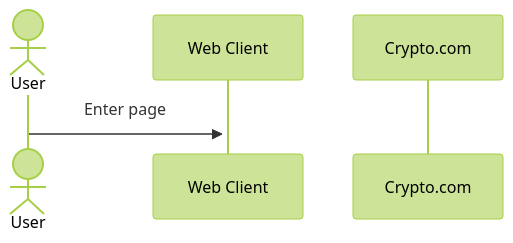
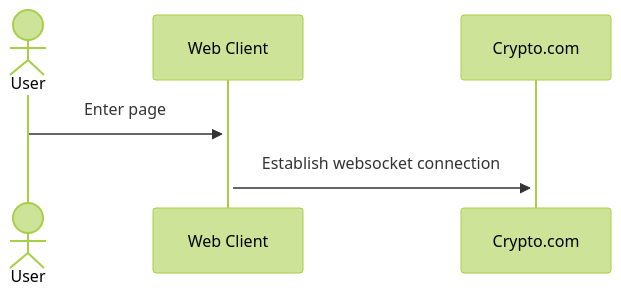
Before and after one commit to YuAnWu0000/cryptoExchange: the diagram in README.md, drawn with Mermaid (forest theme).

Commit message:
UPDATE: Websocket flow chart in README.md

````diff
--- a/README.md
+++ b/README.md
@@ -11,7 +11,9 @@
 ```mermaid
 sequenceDiagram
   actor User
   participant Web Client
   participant Crypto.com
   User ->>+ Web Client: Enter page
+  Web Client ->>+ Crypto.com: Establish websocket connection
+
 ```
````
